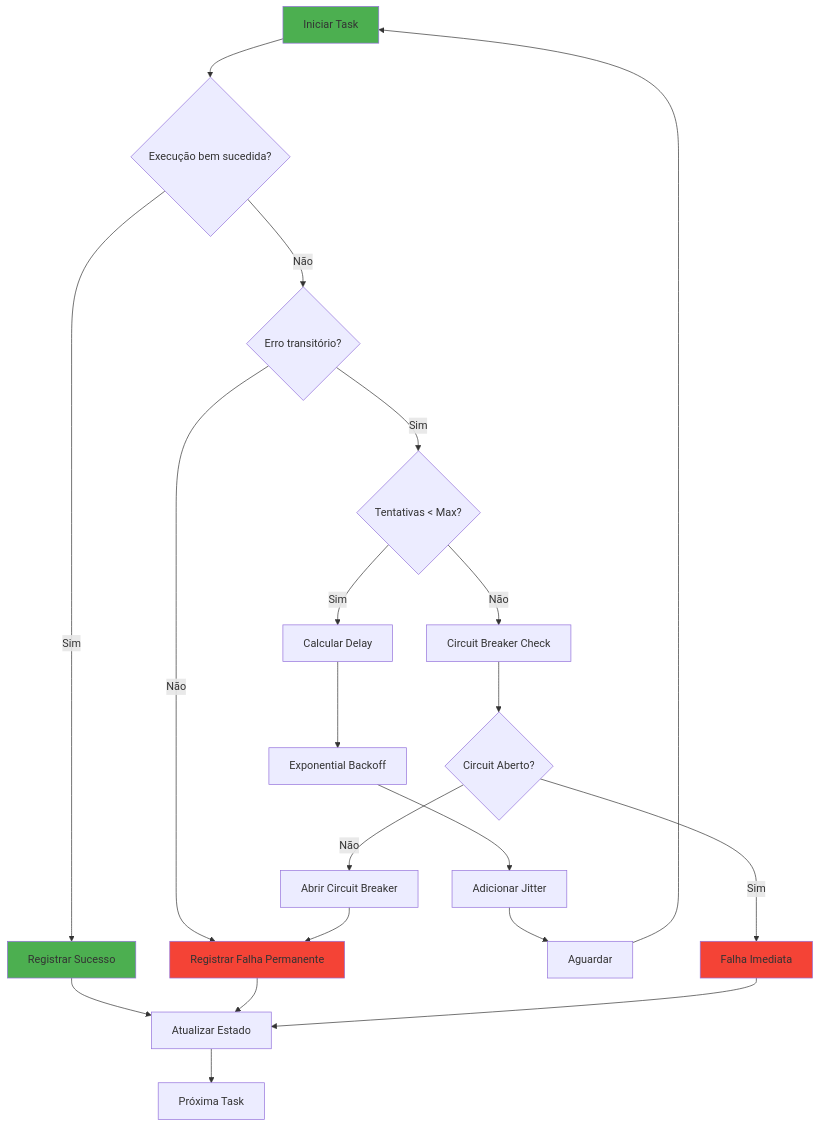
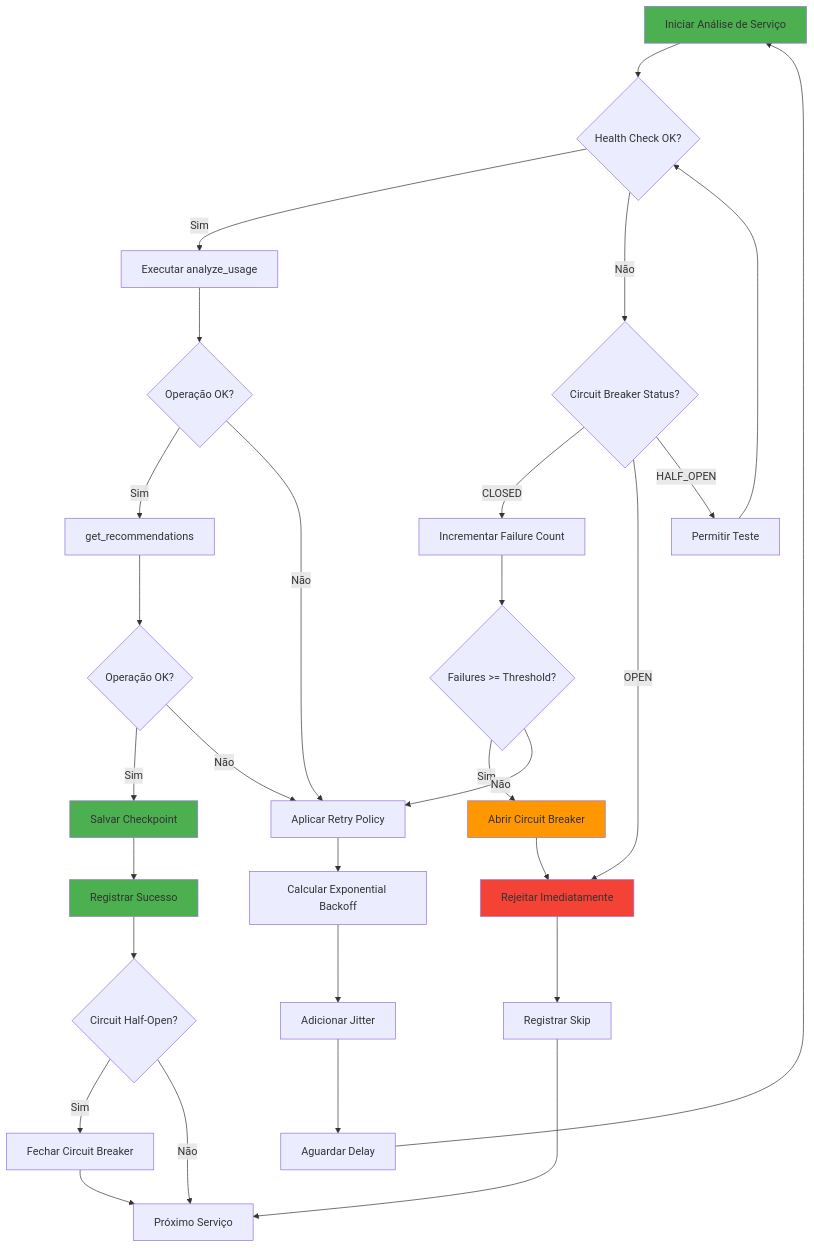
Before and after one commit to FELIPEACASTRO/finops-aws-bdr: the ninth of 9 diagrams in docs/TECHNICAL_GUIDE.md, drawn with Mermaid. The commit also changed other lines of this file and 6 other files, not shown here.

````diff
--- a/docs/TECHNICAL_GUIDE.md
+++ b/docs/TECHNICAL_GUIDE.md
@@ -555,32 +2423,47 @@
 ```mermaid
 flowchart TD
-    A[Iniciar Task] --> B{Execução bem sucedida?}
-    B -->|Sim| C[Registrar Sucesso]
-    B -->|Não| D{Erro transitório?}
+    A[Iniciar Análise de Serviço] --> B{Health Check OK?}
     
-    D -->|Sim| E{Tentativas < Max?}
-    D -->|Não| F[Registrar Falha Permanente]
+    B -->|Sim| C[Executar analyze_usage]
+    B -->|Não| D{Circuit Breaker Status?}
     
-    E -->|Sim| G[Calcular Delay]
-    E -->|Não| H[Circuit Breaker Check]
+    D -->|CLOSED| E[Incrementar Failure Count]
+    D -->|OPEN| F[Rejeitar Imediatamente]
+    D -->|HALF_OPEN| G[Permitir Teste]
     
-    G --> I[Exponential Backoff]
-    I --> J[Adicionar Jitter]
-    J --> K[Aguardar]
-    K --> A
+    E --> H{Failures >= Threshold?}
+    H -->|Sim| I[Abrir Circuit Breaker]
+    H -->|Não| J[Aplicar Retry Policy]
     
-    H --> L{Circuit Aberto?}
-    L -->|Sim| M[Falha Imediata]
-    L -->|Não| N[Abrir Circuit Breaker]
-    N --> F
+    J --> K[Calcular Exponential Backoff]
+    K --> L[Adicionar Jitter]
+    L --> M[Aguardar Delay]
+    M --> A
     
-    C --> O[Atualizar Estado]
-    F --> O
-    M --> O
-    O --> P[Próxima Task]
+    I --> F
+    
+    G --> B
+    
+    C --> N{Operação OK?}
+    N -->|Sim| O[get_recommendations]
+    N -->|Não| J
+    
+    O --> P{Operação OK?}
+    P -->|Sim| Q[Salvar Checkpoint]
+    P -->|Não| J
+    
+    Q --> R[Registrar Sucesso]
+    R --> S{Circuit Half-Open?}
+    S -->|Sim| T[Fechar Circuit Breaker]
+    S -->|Não| U[Próximo Serviço]
+    T --> U
+    
+    F --> V[Registrar Skip]
+    V --> U
     
     style A fill:#4caf50
-    style C fill:#4caf50
+    style Q fill:#4caf50
+    style R fill:#4caf50
     style F fill:#f44336
-    style M fill:#f44336
+    style I fill:#ff9800
 ```
````
